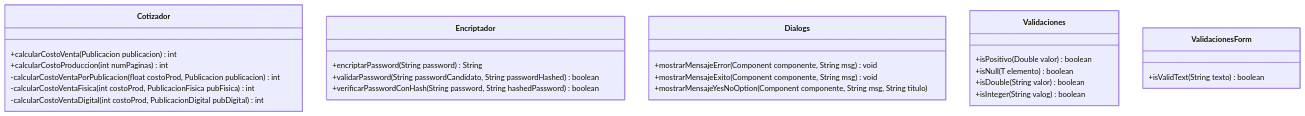
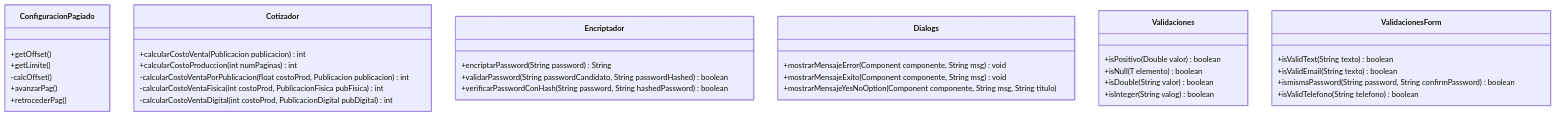
Before and after one commit to SilverFlin/U3_PruebasSoftware: the diagram in 02_Design/ClassDiagrams/utils.md, drawn with Mermaid.

Commit message:
docs: diagrama utils

````diff
--- a/02_Design/ClassDiagrams/utils.md
+++ b/02_Design/ClassDiagrams/utils.md
@@ -3,33 +3,45 @@
 ```mermaid
 classDiagram
+
+class ConfiguracionPagiado{
+    +getOffset()
+    +getLimite()
+    -calcOffset()
+    +avanzarPag()
+    +retrocederPag()
+}
 
 class Cotizador{
     +calcularCostoVenta(Publicacion publicacion) int
     +calcularCostoProduccion(int numPaginas) int
     -calcularCostoVentaPorPublicacion(float costoProd, Publicacion publicacion) int
     -calcularCostoVentaFisica(int costoProd, PublicacionFisica pubFisica) int
     -calcularCostoVentaDigital(int costoProd, PublicacionDigital pubDigital) int
 }
 
 class Encriptador{
     +encriptarPassword(String password) String
     +validarPassword(String passwordCandidato, String passwordHashed) boolean
     +verificarPasswordConHash(String password, String hashedPassword) boolean
 }
 
 class Dialogs{
     +mostrarMensajeError(Component componente, String msg) void
     +mostrarMensajeExito(Component componente, String msg) void
     +mostrarMensajeYesNoOption(Component componente, String msg, String titulo)
 }
 class Validaciones{
     +isPositivo(Double valor) boolean
     +isNull(T elemento) boolean
     +isDouble(String valor) boolean
     +isInteger(String valog) boolean
 }
 
 class ValidacionesForm {
     +isValidText(String texto) boolean
+    +isValidEmail(String texto) boolean
+    +ismismaPassword(String password, String confirmPassword) boolean
+    +isValidTelefono(String telefono) boolean
+
 }
 ```
````
